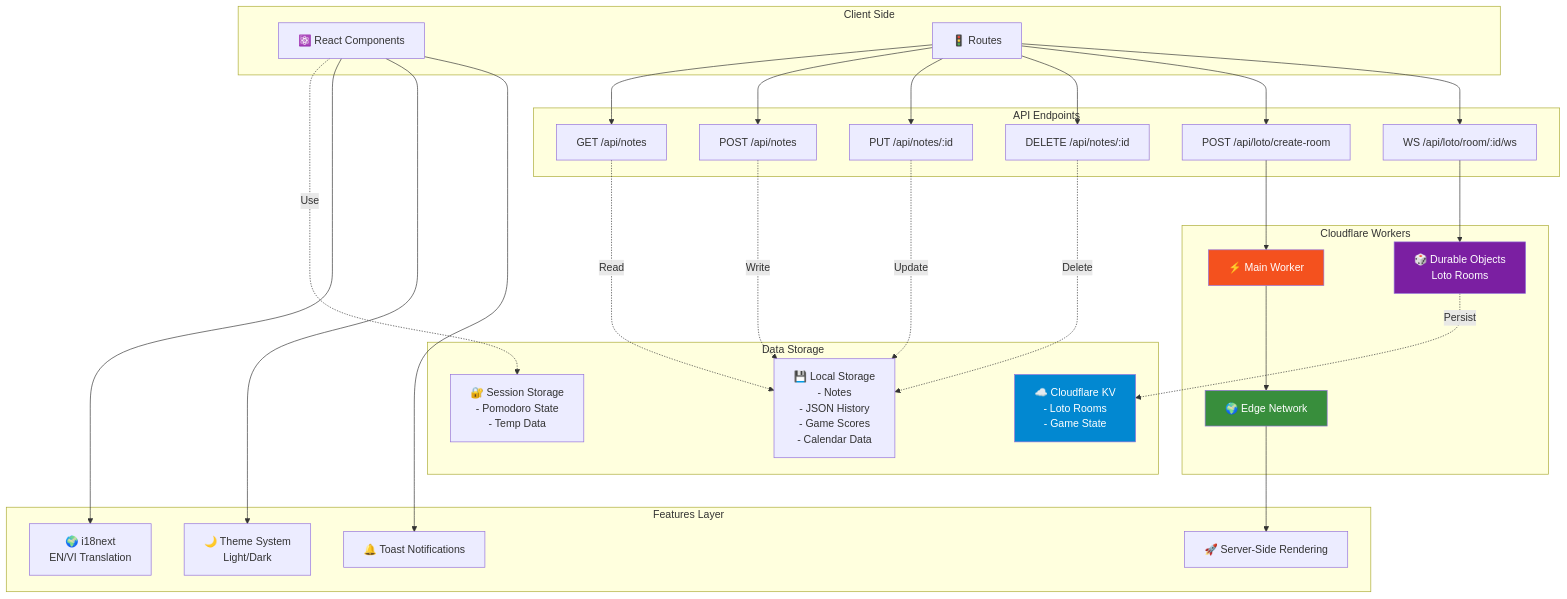
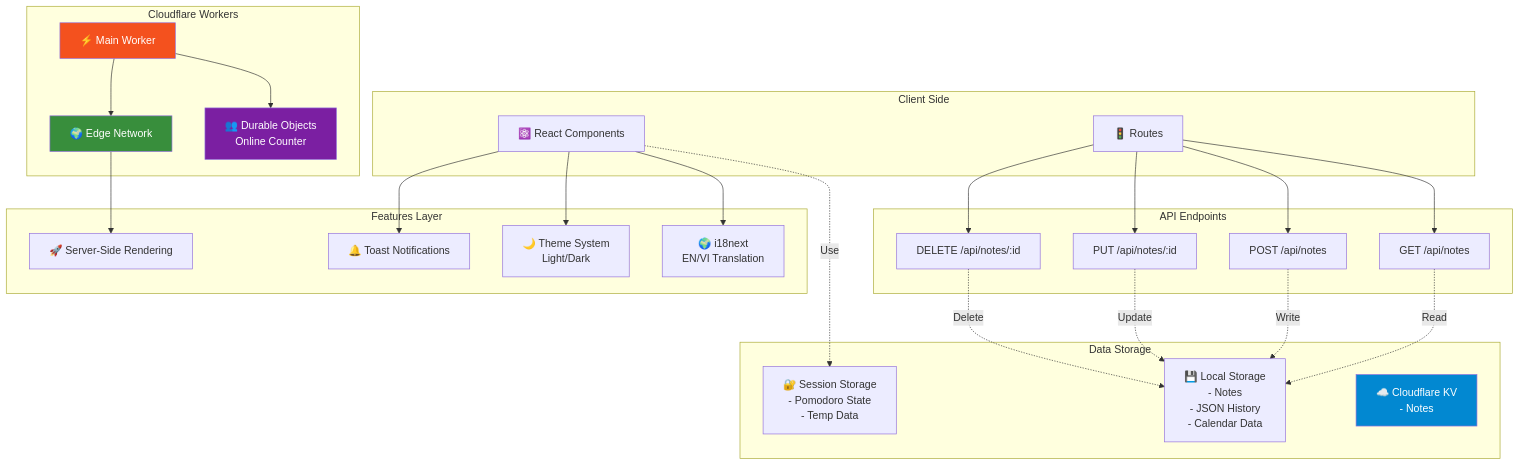
One commit to nguyenhuy158/mytools changed the fourth of 4 diagrams in README.md. Above: the diagram before and after it, drawn with Mermaid. The commit also changed other lines of this file and 47 other files, not shown here.

````diff
--- a/README.md
+++ b/README.md
@@ -429,65 +284,59 @@
 ```mermaid
 graph TB
     subgraph "Client Side"
         Components[⚛️ React Components]
         Routes[🚦 Routes]
     end
 
     subgraph "API Endpoints"
         NotesGET[GET /api/notes]
         NotesPOST[POST /api/notes]
         NotesPUT[PUT /api/notes/:id]
         NotesDELETE[DELETE /api/notes/:id]
-        LotoCreate[POST /api/loto/create-room]
-        LotoWS[WS /api/loto/room/:id/ws]
     end
 
     subgraph "Data Storage"
-        LocalStorage[💾 Local Storage<br/>- Notes<br/>- JSON History<br/>- Game Scores<br/>- Calendar Data]
+        LocalStorage[💾 Local Storage<br/>- Notes<br/>- JSON History<br/>- Calendar Data]
         SessionStorage[🔐 Session Storage<br/>- Pomodoro State<br/>- Temp Data]
-        CloudflareKV[☁️ Cloudflare KV<br/>- Loto Rooms<br/>- Game State]
+        CloudflareKV[☁️ Cloudflare KV<br/>- Notes]
     end
 
     subgraph "Cloudflare Workers"
         Worker[⚡ Main Worker]
-        DurableObjects[🎲 Durable Objects<br/>Loto Rooms]
+        DurableObjects[👥 Durable Objects<br/>Online Counter]
         Edge[🌍 Edge Network]
     end
 
     subgraph "Features Layer"
         I18N[🌍 i18next<br/>EN/VI Translation]
         Theme[🌙 Theme System<br/>Light/Dark]
         Toast[🔔 Toast Notifications]
         SSR[🚀 Server-Side Rendering]
     end
 
     Routes --> NotesGET
     Routes --> NotesPOST
     Routes --> NotesPUT
     Routes --> NotesDELETE
-    Routes --> LotoCreate
-    Routes --> LotoWS
 
     NotesGET -.->|Read| LocalStorage
     NotesPOST -.->|Write| LocalStorage
     NotesPUT -.->|Update| LocalStorage
     NotesDELETE -.->|Delete| LocalStorage
 
-    LotoCreate --> Worker
-    LotoWS --> DurableObjects
-    DurableObjects -.->|Persist| CloudflareKV
+    Worker --> DurableObjects
 
     Components -.->|Use| SessionStorage
 
     Worker --> Edge
     Edge --> SSR
 
     Components --> I18N
     Components --> Theme
     Components --> Toast
 
     style Worker fill:#f4511e,color:#fff
     style DurableObjects fill:#7b1fa2,color:#fff
     style CloudflareKV fill:#0288d1,color:#fff
     style Edge fill:#388e3c,color:#fff
 ```
````
